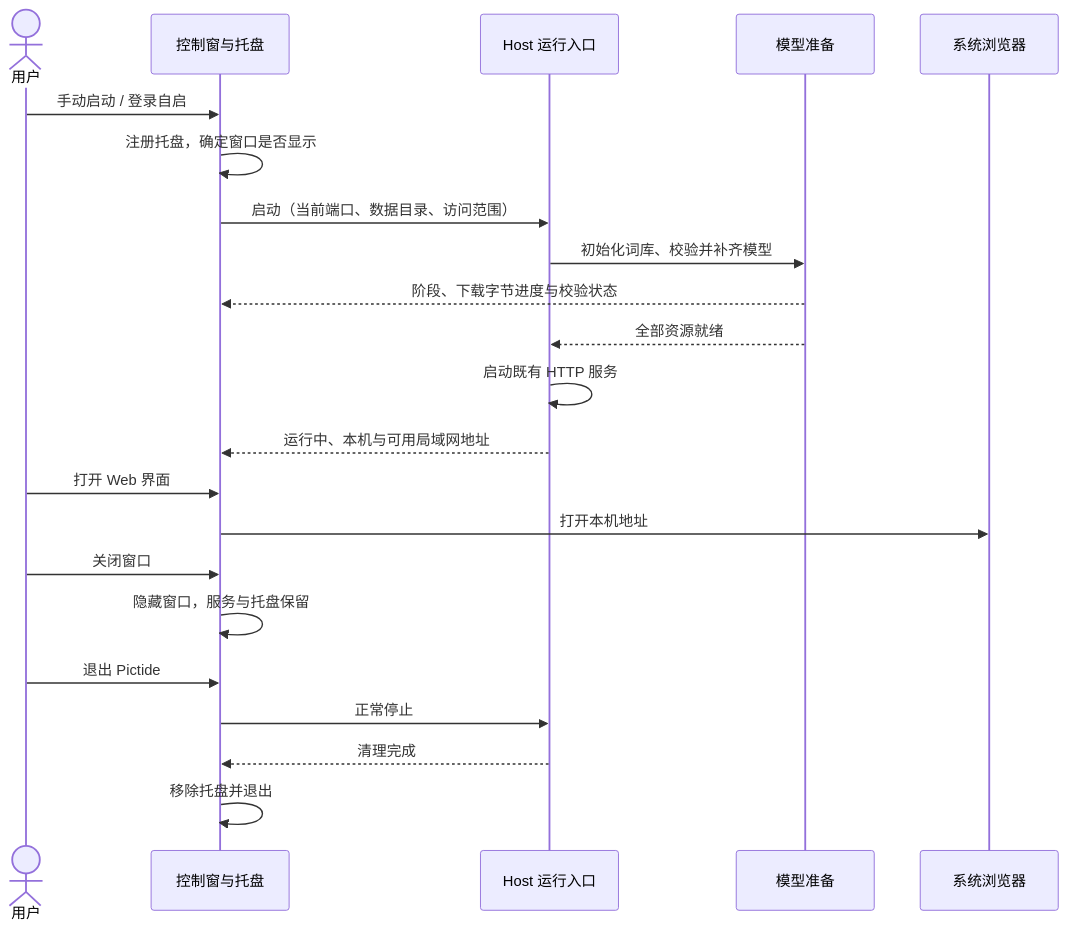
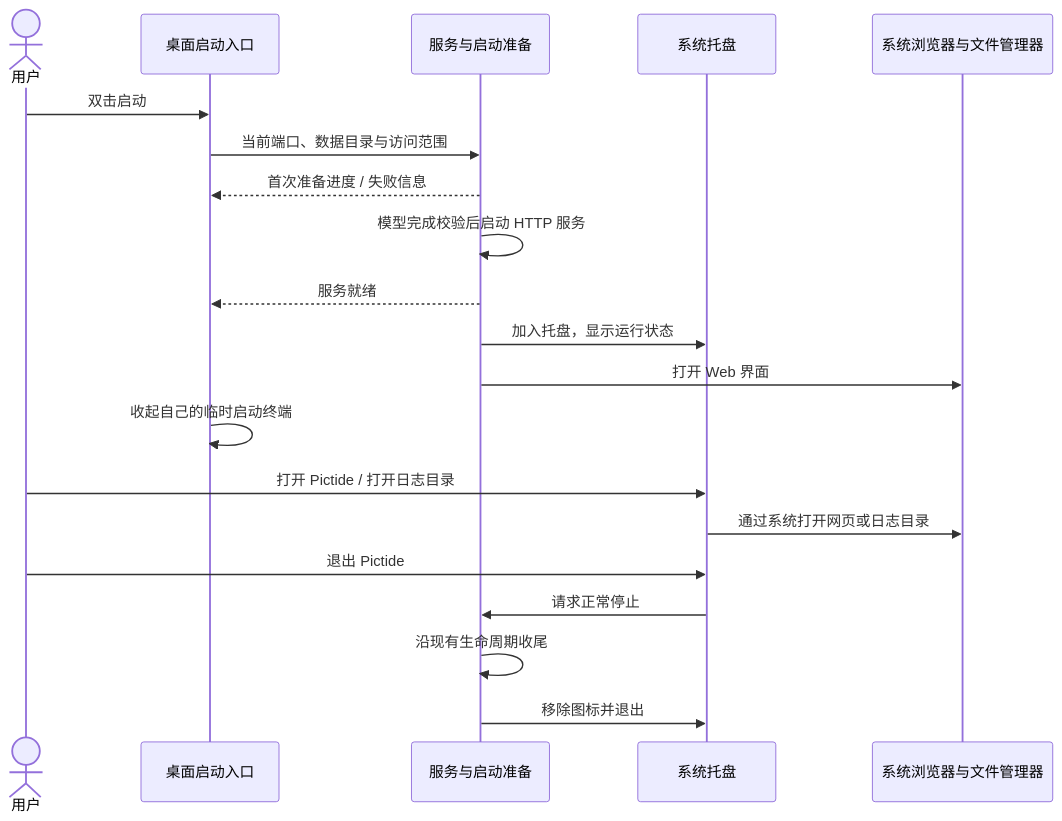
Before and after one commit to Lykr/pictide: the second of 2 diagrams in docs/dev/issues/desktop-launcher.md, drawn with Mermaid. The commit also changed other lines of this file and 1 other file, not shown here.

Commit message:
docs(launcher): narrow scope to startup and tray exit

````diff
--- a/docs/dev/issues/desktop-launcher.md
+++ b/docs/dev/issues/desktop-launcher.md
@@ -41,24 +36,22 @@
 ```mermaid
 sequenceDiagram
     actor User as 用户
-    participant GUI as 控制窗与托盘
-    participant Host as Host 运行入口
-    participant Model as 模型准备
-    participant Browser as 系统浏览器
-    User->>GUI: 手动启动 / 登录自启
-    GUI->>GUI: 注册托盘，确定窗口是否显示
-    GUI->>Host: 启动（当前端口、数据目录、访问范围）
-    Host->>Model: 初始化词库、校验并补齐模型
-    Model-->>GUI: 阶段、下载字节进度与校验状态
-    Model-->>Host: 全部资源就绪
-    Host->>Host: 启动既有 HTTP 服务
-    Host-->>GUI: 运行中、本机与可用局域网地址
-    User->>GUI: 打开 Web 界面
-    GUI->>Browser: 打开本机地址
-    User->>GUI: 关闭窗口
-    GUI->>GUI: 隐藏窗口，服务与托盘保留
-    User->>GUI: 退出 Pictide
-    GUI->>Host: 正常停止
-    Host-->>GUI: 清理完成
-    GUI->>GUI: 移除托盘并退出
+    participant Entry as 桌面启动入口
+    participant Host as 服务与启动准备
+    participant Tray as 系统托盘
+    participant Browser as 系统浏览器与文件管理器
+    User->>Entry: 双击启动
+    Entry->>Host: 当前端口、数据目录与访问范围
+    Host-->>Entry: 首次准备进度 / 失败信息
+    Host->>Host: 模型完成校验后启动 HTTP 服务
+    Host-->>Entry: 服务就绪
+    Host->>Tray: 加入托盘，显示运行状态
+    Host->>Browser: 打开 Web 界面
+    Entry->>Entry: 收起自己的临时启动终端
+    User->>Tray: 打开 Pictide / 打开日志目录
+    Tray->>Browser: 通过系统打开网页或日志目录
+    User->>Tray: 退出 Pictide
+    Tray->>Host: 请求正常停止
+    Host->>Host: 沿现有生命周期收尾
+    Host->>Tray: 移除图标并退出
 ```
````
